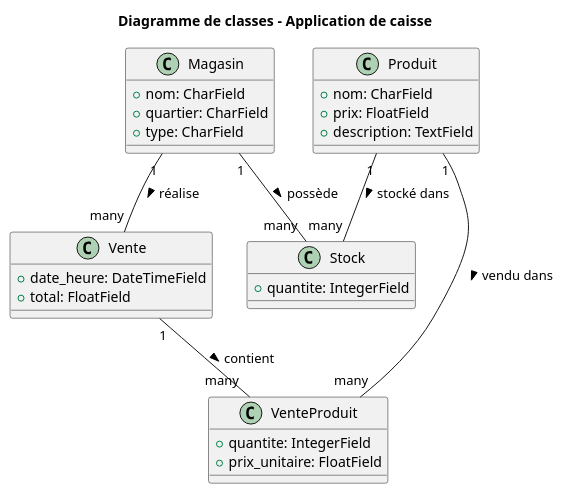
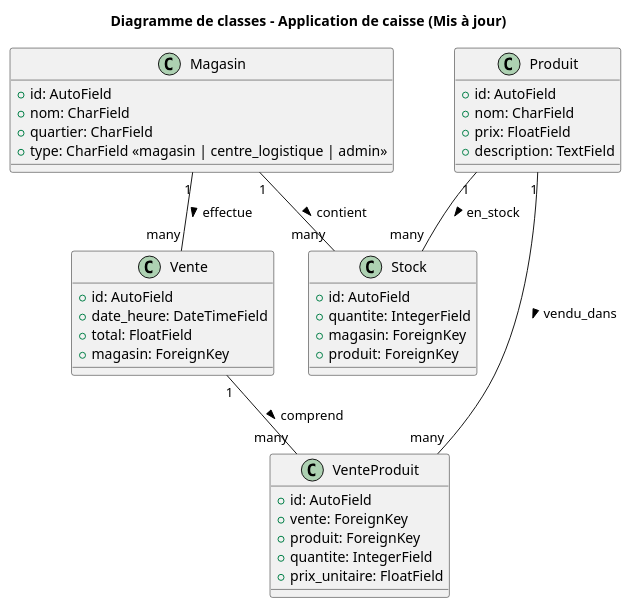
The diagram in docs/UML/ClassDiagramVueLogique.puml (CedricBosseETS/Lab0_CedricBosse), drawn with PlantUML before and after one commit. The commit also changed 7 other files, not shown here.

```diff
--- a/docs/UML/ClassDiagramVueLogique.puml
+++ b/docs/UML/ClassDiagramVueLogique.puml
@@ -1,39 +1,49 @@
 @startuml
 
-title Diagramme de classes - Application de caisse
+title Diagramme de classes - Application de caisse (Mis à jour)
 
-' Définir les classes
+' === CLASSES ===
 class Magasin {
+    +id: AutoField
     +nom: CharField
     +quartier: CharField
-    +type: CharField
+    +type: CharField <<magasin | centre_logistique | admin>>
 }
 
 class Produit {
+    +id: AutoField
     +nom: CharField
     +prix: FloatField
     +description: TextField
 }
 
 class Stock {
+    +id: AutoField
     +quantite: IntegerField
+    +magasin: ForeignKey
+    +produit: ForeignKey
 }
 
 class Vente {
+    +id: AutoField
     +date_heure: DateTimeField
     +total: FloatField
+    +magasin: ForeignKey
 }
 
 class VenteProduit {
+    +id: AutoField
+    +vente: ForeignKey
+    +produit: ForeignKey
     +quantite: IntegerField
     +prix_unitaire: FloatField
 }
 
-' Définir les relations entre les classes
-Magasin "1" -- "many" Stock : possède >
-Produit "1" -- "many" Stock : stocké dans >
-Magasin "1" -- "many" Vente : réalise >
-Vente "1" -- "many" VenteProduit : contient >
-Produit "1" -- "many" VenteProduit : vendu dans >
+' === RELATIONS ===
+Magasin "1" -- "many" Stock : contient >
+Produit "1" -- "many" Stock : en_stock >
+Magasin "1" -- "many" Vente : effectue >
+Vente "1" -- "many" VenteProduit : comprend >
+Produit "1" -- "many" VenteProduit : vendu_dans >
 
 @enduml
```
